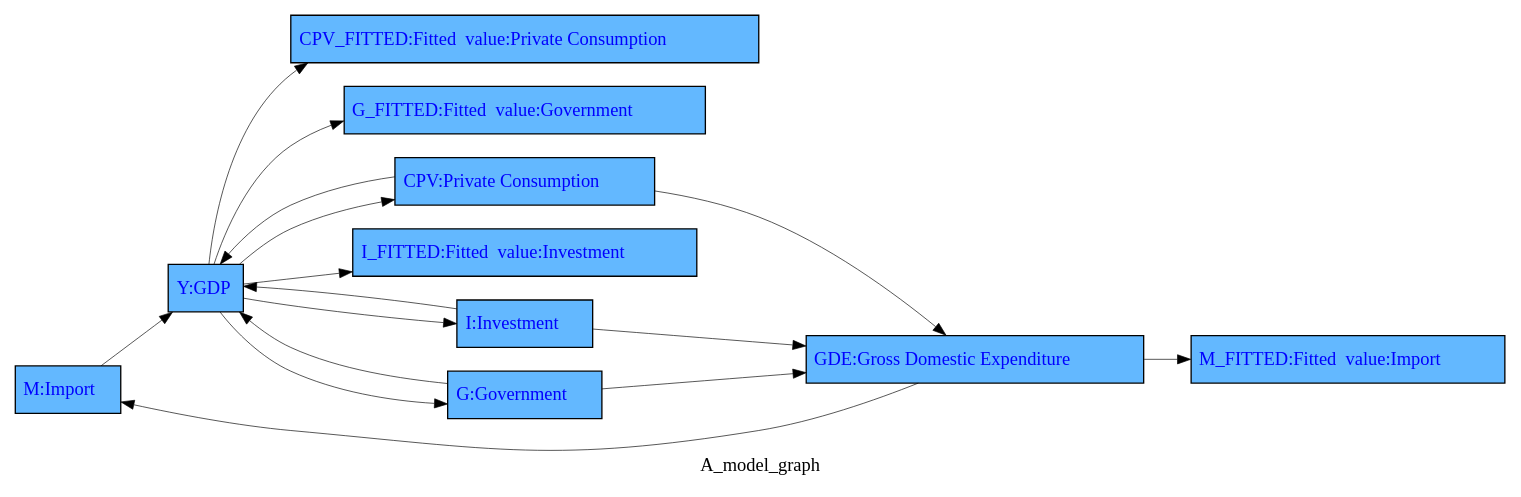
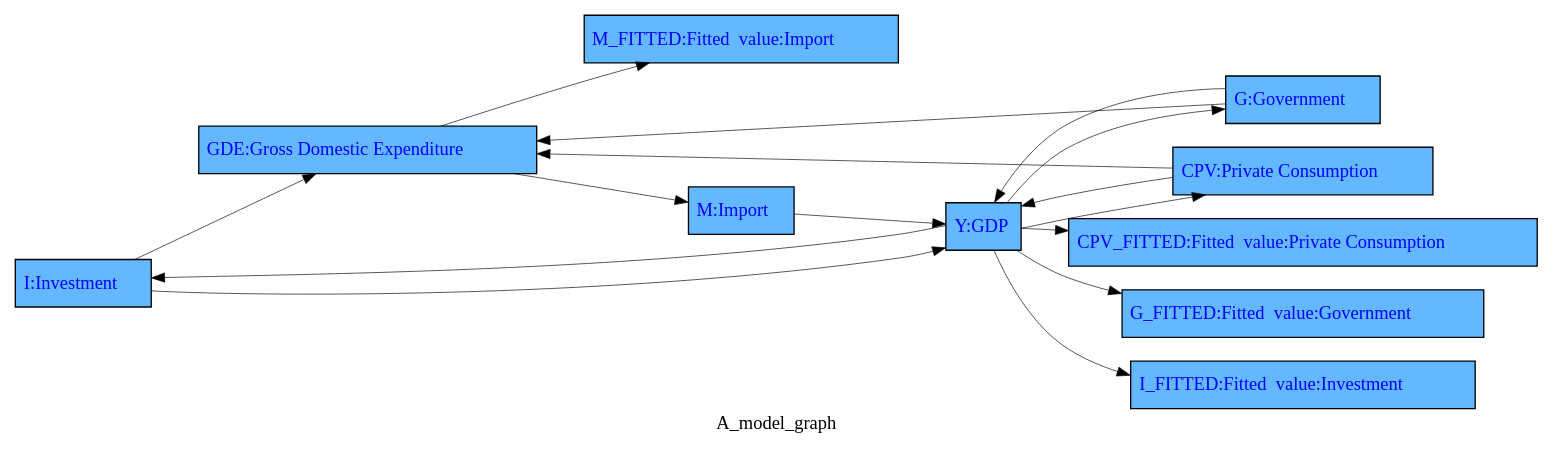
The diagram in working_paper/thebook/content/howto/smallmodel/graph/A_model_graph.gv (IbHansen/modelflow-manual), drawn with Graphviz before and after one commit. The commit also changed 659 other files, not shown here.

```diff
--- a/working_paper/thebook/content/howto/smallmodel/graph/A_model_graph.gv
+++ b/working_paper/thebook/content/howto/smallmodel/graph/A_model_graph.gv
@@ -1,30 +1,30 @@
 digraph TD { rankdir ="LR" 
 {node  [margin=0.025 fontcolor=blue style=filled ] 
- "M" [ shape=box fillcolor= steelblue1 tooltip="Import&#10;FRML &lt;FIXABLE, DAMP&gt; M = (M(-1)*EXP(M_A+ (-C2_M*(LOG(M(-1))-LOG(GDE(-1))-C1_M)+C3_M*((LOG(GDE))-(LOG(GDE(-1))))) )) * (1-M_D)+ M_X*M_D &#36;"  margin=0.025 fontcolor=blue style = filled  label=<<TABLE BORDER='0' CELLBORDER = '0' style = "filled"  > <TR><TD tooltip="Import&#10;FRML &lt;FIXABLE, DAMP&gt; M = (M(-1)*EXP(M_A+ (-C2_M*(LOG(M(-1))-LOG(GDE(-1))-C1_M)+C3_M*((LOG(GDE))-(LOG(GDE(-1))))) )) * (1-M_D)+ M_X*M_D &#36;">M:Import</TD></TR> </TABLE>> ]
+ "I" [ shape=box fillcolor= steelblue1 tooltip="Investment&#10;FRML &lt;FIXABLE, DAMP&gt; I = (I(-1)*EXP(I_A+ (-C2_I*(LOG(I(-1))-LOG(Y(-1)-G(-1))-C1_I)+C3_I*((LOG(Y))-(LOG(Y(-1))))) )) * (1-I_D)+ I_X*I_D &#36;"  margin=0.025 fontcolor=blue style = filled  label=<<TABLE BORDER='0' CELLBORDER = '0' style = "filled"  > <TR><TD tooltip="Investment&#10;FRML &lt;FIXABLE, DAMP&gt; I = (I(-1)*EXP(I_A+ (-C2_I*(LOG(I(-1))-LOG(Y(-1)-G(-1))-C1_I)+C3_I*((LOG(Y))-(LOG(Y(-1))))) )) * (1-I_D)+ I_X*I_D &#36;">I:Investment</TD></TR> </TABLE>> ]
+"GDE" [ shape=box fillcolor= steelblue1 tooltip="Gross Domestic Expenditure&#10;FRML &lt;IDENT&gt; GDE = CPV+I+G&#36;"  margin=0.025 fontcolor=blue style = filled  label=<<TABLE BORDER='0' CELLBORDER = '0' style = "filled"  > <TR><TD tooltip="Gross Domestic Expenditure&#10;FRML &lt;IDENT&gt; GDE = CPV+I+G&#36;">GDE:Gross Domestic Expenditure</TD></TR> </TABLE>> ]
+"I_FITTED" [ shape=box fillcolor= steelblue1 tooltip="Fitted  value:Investment&#10;FRML &lt;FIT&gt; I_FITTED = I(-1)*EXP( (-C2_I*(LOG(I(-1))-LOG(Y(-1)-G(-1))-C1_I)+C3_I*((LOG(Y))-(LOG(Y(-1))))) )&#36;"  margin=0.025 fontcolor=blue style = filled  label=<<TABLE BORDER='0' CELLBORDER = '0' style = "filled"  > <TR><TD tooltip="Fitted  value:Investment&#10;FRML &lt;FIT&gt; I_FITTED = I(-1)*EXP( (-C2_I*(LOG(I(-1))-LOG(Y(-1)-G(-1))-C1_I)+C3_I*((LOG(Y))-(LOG(Y(-1))))) )&#36;">I_FITTED:Fitted  value:Investment</TD></TR> </TABLE>> ]
+"CPV" [ shape=box fillcolor= steelblue1 tooltip="Private Consumption&#10;FRML &lt;FIXABLE, DAMP&gt; CPV = (CPV(-1)*EXP(CPV_A+ (-C2_CPV*(LOG(CPV(-1))-LOG(Y(-1))-C1_CPV)+C3_CPV*((LOG(Y))-(LOG(Y(-1))))) )) * (1-CPV_D)+ CPV_X*CPV_D &#36;"  margin=0.025 fontcolor=blue style = filled  label=<<TABLE BORDER='0' CELLBORDER = '0' style = "filled"  > <TR><TD tooltip="Private Consumption&#10;FRML &lt;FIXABLE, DAMP&gt; CPV = (CPV(-1)*EXP(CPV_A+ (-C2_CPV*(LOG(CPV(-1))-LOG(Y(-1))-C1_CPV)+C3_CPV*((LOG(Y))-(LOG(Y(-1))))) )) * (1-CPV_D)+ CPV_X*CPV_D &#36;">CPV:Private Consumption</TD></TR> </TABLE>> ]
+"M" [ shape=box fillcolor= steelblue1 tooltip="Import&#10;FRML &lt;FIXABLE, DAMP&gt; M = (M(-1)*EXP(M_A+ (-C2_M*(LOG(M(-1))-LOG(GDE(-1))-C1_M)+C3_M*((LOG(GDE))-(LOG(GDE(-1))))) )) * (1-M_D)+ M_X*M_D &#36;"  margin=0.025 fontcolor=blue style = filled  label=<<TABLE BORDER='0' CELLBORDER = '0' style = "filled"  > <TR><TD tooltip="Import&#10;FRML &lt;FIXABLE, DAMP&gt; M = (M(-1)*EXP(M_A+ (-C2_M*(LOG(M(-1))-LOG(GDE(-1))-C1_M)+C3_M*((LOG(GDE))-(LOG(GDE(-1))))) )) * (1-M_D)+ M_X*M_D &#36;">M:Import</TD></TR> </TABLE>> ]
+"CPV_FITTED" [ shape=box fillcolor= steelblue1 tooltip="Fitted  value:Private Consumption&#10;FRML &lt;FIT&gt; CPV_FITTED = CPV(-1)*EXP( (-C2_CPV*(LOG(CPV(-1))-LOG(Y(-1))-C1_CPV)+C3_CPV*((LOG(Y))-(LOG(Y(-1))))) )&#36;"  margin=0.025 fontcolor=blue style = filled  label=<<TABLE BORDER='0' CELLBORDER = '0' style = "filled"  > <TR><TD tooltip="Fitted  value:Private Consumption&#10;FRML &lt;FIT&gt; CPV_FITTED = CPV(-1)*EXP( (-C2_CPV*(LOG(CPV(-1))-LOG(Y(-1))-C1_CPV)+C3_CPV*((LOG(Y))-(LOG(Y(-1))))) )&#36;">CPV_FITTED:Fitted  value:Private Consumption</TD></TR> </TABLE>> ]
+"G" [ shape=box fillcolor= steelblue1 tooltip="Government&#10;FRML &lt;FIXABLE, DAMP&gt; G = (G(-1)*EXP(G_A+ (-C2_G*(LOG(G(-1))-LOG(Y(-1))-C1_G)+C3_G*((LOG(Y))-(LOG(Y(-1))))) )) * (1-G_D)+ G_X*G_D &#36;"  margin=0.025 fontcolor=blue style = filled  label=<<TABLE BORDER='0' CELLBORDER = '0' style = "filled"  > <TR><TD tooltip="Government&#10;FRML &lt;FIXABLE, DAMP&gt; G = (G(-1)*EXP(G_A+ (-C2_G*(LOG(G(-1))-LOG(Y(-1))-C1_G)+C3_G*((LOG(Y))-(LOG(Y(-1))))) )) * (1-G_D)+ G_X*G_D &#36;">G:Government</TD></TR> </TABLE>> ]
 "Y" [ shape=box fillcolor= steelblue1 tooltip="GDP&#10;FRML &lt;IDENT&gt; Y = CPV+I+G+X-M+YDISC&#36;"  margin=0.025 fontcolor=blue style = filled  label=<<TABLE BORDER='0' CELLBORDER = '0' style = "filled"  > <TR><TD tooltip="GDP&#10;FRML &lt;IDENT&gt; Y = CPV+I+G+X-M+YDISC&#36;">Y:GDP</TD></TR> </TABLE>> ]
-"GDE" [ shape=box fillcolor= steelblue1 tooltip="Gross Domestic Expenditure&#10;FRML &lt;IDENT&gt; GDE = CPV+I+G&#36;"  margin=0.025 fontcolor=blue style = filled  label=<<TABLE BORDER='0' CELLBORDER = '0' style = "filled"  > <TR><TD tooltip="Gross Domestic Expenditure&#10;FRML &lt;IDENT&gt; GDE = CPV+I+G&#36;">GDE:Gross Domestic Expenditure</TD></TR> </TABLE>> ]
-"CPV_FITTED" [ shape=box fillcolor= steelblue1 tooltip="Fitted  value:Private Consumption&#10;FRML &lt;FIT&gt; CPV_FITTED = CPV(-1)*EXP( (-C2_CPV*(LOG(CPV(-1))-LOG(Y(-1))-C1_CPV)+C3_CPV*((LOG(Y))-(LOG(Y(-1))))) )&#36;"  margin=0.025 fontcolor=blue style = filled  label=<<TABLE BORDER='0' CELLBORDER = '0' style = "filled"  > <TR><TD tooltip="Fitted  value:Private Consumption&#10;FRML &lt;FIT&gt; CPV_FITTED = CPV(-1)*EXP( (-C2_CPV*(LOG(CPV(-1))-LOG(Y(-1))-C1_CPV)+C3_CPV*((LOG(Y))-(LOG(Y(-1))))) )&#36;">CPV_FITTED:Fitted  value:Private Consumption</TD></TR> </TABLE>> ]
-"G_FITTED" [ shape=box fillcolor= steelblue1 tooltip="Fitted  value:Government&#10;FRML &lt;FIT&gt; G_FITTED = G(-1)*EXP( (-C2_G*(LOG(G(-1))-LOG(Y(-1))-C1_G)+C3_G*((LOG(Y))-(LOG(Y(-1))))) )&#36;"  margin=0.025 fontcolor=blue style = filled  label=<<TABLE BORDER='0' CELLBORDER = '0' style = "filled"  > <TR><TD tooltip="Fitted  value:Government&#10;FRML &lt;FIT&gt; G_FITTED = G(-1)*EXP( (-C2_G*(LOG(G(-1))-LOG(Y(-1))-C1_G)+C3_G*((LOG(Y))-(LOG(Y(-1))))) )&#36;">G_FITTED:Fitted  value:Government</TD></TR> </TABLE>> ]
-"CPV" [ shape=box fillcolor= steelblue1 tooltip="Private Consumption&#10;FRML &lt;FIXABLE, DAMP&gt; CPV = (CPV(-1)*EXP(CPV_A+ (-C2_CPV*(LOG(CPV(-1))-LOG(Y(-1))-C1_CPV)+C3_CPV*((LOG(Y))-(LOG(Y(-1))))) )) * (1-CPV_D)+ CPV_X*CPV_D &#36;"  margin=0.025 fontcolor=blue style = filled  label=<<TABLE BORDER='0' CELLBORDER = '0' style = "filled"  > <TR><TD tooltip="Private Consumption&#10;FRML &lt;FIXABLE, DAMP&gt; CPV = (CPV(-1)*EXP(CPV_A+ (-C2_CPV*(LOG(CPV(-1))-LOG(Y(-1))-C1_CPV)+C3_CPV*((LOG(Y))-(LOG(Y(-1))))) )) * (1-CPV_D)+ CPV_X*CPV_D &#36;">CPV:Private Consumption</TD></TR> </TABLE>> ]
-"I_FITTED" [ shape=box fillcolor= steelblue1 tooltip="Fitted  value:Investment&#10;FRML &lt;FIT&gt; I_FITTED = I(-1)*EXP( (-C2_I*(LOG(I(-1))-LOG(Y(-1)-G(-1))-C1_I)+C3_I*((LOG(Y))-(LOG(Y(-1))))) )&#36;"  margin=0.025 fontcolor=blue style = filled  label=<<TABLE BORDER='0' CELLBORDER = '0' style = "filled"  > <TR><TD tooltip="Fitted  value:Investment&#10;FRML &lt;FIT&gt; I_FITTED = I(-1)*EXP( (-C2_I*(LOG(I(-1))-LOG(Y(-1)-G(-1))-C1_I)+C3_I*((LOG(Y))-(LOG(Y(-1))))) )&#36;">I_FITTED:Fitted  value:Investment</TD></TR> </TABLE>> ]
-"I" [ shape=box fillcolor= steelblue1 tooltip="Investment&#10;FRML &lt;FIXABLE, DAMP&gt; I = (I(-1)*EXP(I_A+ (-C2_I*(LOG(I(-1))-LOG(Y(-1)-G(-1))-C1_I)+C3_I*((LOG(Y))-(LOG(Y(-1))))) )) * (1-I_D)+ I_X*I_D &#36;"  margin=0.025 fontcolor=blue style = filled  label=<<TABLE BORDER='0' CELLBORDER = '0' style = "filled"  > <TR><TD tooltip="Investment&#10;FRML &lt;FIXABLE, DAMP&gt; I = (I(-1)*EXP(I_A+ (-C2_I*(LOG(I(-1))-LOG(Y(-1)-G(-1))-C1_I)+C3_I*((LOG(Y))-(LOG(Y(-1))))) )) * (1-I_D)+ I_X*I_D &#36;">I:Investment</TD></TR> </TABLE>> ]
-"G" [ shape=box fillcolor= steelblue1 tooltip="Government&#10;FRML &lt;FIXABLE, DAMP&gt; G = (G(-1)*EXP(G_A+ (-C2_G*(LOG(G(-1))-LOG(Y(-1))-C1_G)+C3_G*((LOG(Y))-(LOG(Y(-1))))) )) * (1-G_D)+ G_X*G_D &#36;"  margin=0.025 fontcolor=blue style = filled  label=<<TABLE BORDER='0' CELLBORDER = '0' style = "filled"  > <TR><TD tooltip="Government&#10;FRML &lt;FIXABLE, DAMP&gt; G = (G(-1)*EXP(G_A+ (-C2_G*(LOG(G(-1))-LOG(Y(-1))-C1_G)+C3_G*((LOG(Y))-(LOG(Y(-1))))) )) * (1-G_D)+ G_X*G_D &#36;">G:Government</TD></TR> </TABLE>> ]
-"M_FITTED" [ shape=box fillcolor= steelblue1 tooltip="Fitted  value:Import&#10;FRML &lt;FIT&gt; M_FITTED = M(-1)*EXP( (-C2_M*(LOG(M(-1))-LOG(GDE(-1))-C1_M)+C3_M*((LOG(GDE))-(LOG(GDE(-1))))) )&#36;"  margin=0.025 fontcolor=blue style = filled  label=<<TABLE BORDER='0' CELLBORDER = '0' style = "filled"  > <TR><TD tooltip="Fitted  value:Import&#10;FRML &lt;FIT&gt; M_FITTED = M(-1)*EXP( (-C2_M*(LOG(M(-1))-LOG(GDE(-1))-C1_M)+C3_M*((LOG(GDE))-(LOG(GDE(-1))))) )&#36;">M_FITTED:Fitted  value:Import</TD></TR> </TABLE>> ] 
+"M_FITTED" [ shape=box fillcolor= steelblue1 tooltip="Fitted  value:Import&#10;FRML &lt;FIT&gt; M_FITTED = M(-1)*EXP( (-C2_M*(LOG(M(-1))-LOG(GDE(-1))-C1_M)+C3_M*((LOG(GDE))-(LOG(GDE(-1))))) )&#36;"  margin=0.025 fontcolor=blue style = filled  label=<<TABLE BORDER='0' CELLBORDER = '0' style = "filled"  > <TR><TD tooltip="Fitted  value:Import&#10;FRML &lt;FIT&gt; M_FITTED = M(-1)*EXP( (-C2_M*(LOG(M(-1))-LOG(GDE(-1))-C1_M)+C3_M*((LOG(GDE))-(LOG(GDE(-1))))) )&#36;">M_FITTED:Fitted  value:Import</TD></TR> </TABLE>> ]
+"G_FITTED" [ shape=box fillcolor= steelblue1 tooltip="Fitted  value:Government&#10;FRML &lt;FIT&gt; G_FITTED = G(-1)*EXP( (-C2_G*(LOG(G(-1))-LOG(Y(-1))-C1_G)+C3_G*((LOG(Y))-(LOG(Y(-1))))) )&#36;"  margin=0.025 fontcolor=blue style = filled  label=<<TABLE BORDER='0' CELLBORDER = '0' style = "filled"  > <TR><TD tooltip="Fitted  value:Government&#10;FRML &lt;FIT&gt; G_FITTED = G(-1)*EXP( (-C2_G*(LOG(G(-1))-LOG(Y(-1))-C1_G)+C3_G*((LOG(Y))-(LOG(Y(-1))))) )&#36;">G_FITTED:Fitted  value:Government</TD></TR> </TABLE>> ] 
 } 
+"Y" -> "G" [ style = filled tooltip=NA href="bogus" penwidth = 0.5 ]
+"Y" -> "I_FITTED" [ style = filled tooltip=NA href="bogus" penwidth = 0.5 ]
+"GDE" -> "M_FITTED" [ style = filled tooltip=NA href="bogus" penwidth = 0.5 ]
+"GDE" -> "M" [ style = filled tooltip=NA href="bogus" penwidth = 0.5 ]
+"CPV" -> "Y" [ style = filled tooltip=NA href="bogus" penwidth = 0.5 ]
 "Y" -> "CPV" [ style = filled tooltip=NA href="bogus" penwidth = 0.5 ]
-"Y" -> "I_FITTED" [ style = filled tooltip=NA href="bogus" penwidth = 0.5 ]
-"CPV" -> "Y" [ style = filled tooltip=NA href="bogus" penwidth = 0.5 ]
-"Y" -> "I" [ style = filled tooltip=NA href="bogus" penwidth = 0.5 ]
 "CPV" -> "GDE" [ style = filled tooltip=NA href="bogus" penwidth = 0.5 ]
-"GDE" -> "M_FITTED" [ style = filled tooltip=NA href="bogus" penwidth = 0.5 ]
-"Y" -> "G" [ style = filled tooltip=NA href="bogus" penwidth = 0.5 ]
-"GDE" -> "M" [ style = filled tooltip=NA href="bogus" penwidth = 0.5 ]
-"M" -> "Y" [ style = filled tooltip=NA href="bogus" penwidth = 0.5 ]
 "G" -> "GDE" [ style = filled tooltip=NA href="bogus" penwidth = 0.5 ]
-"I" -> "Y" [ style = filled tooltip=NA href="bogus" penwidth = 0.5 ]
+"G" -> "Y" [ style = filled tooltip=NA href="bogus" penwidth = 0.5 ]
 "I" -> "GDE" [ style = filled tooltip=NA href="bogus" penwidth = 0.5 ]
-"G" -> "Y" [ style = filled tooltip=NA href="bogus" penwidth = 0.5 ]
 "Y" -> "CPV_FITTED" [ style = filled tooltip=NA href="bogus" penwidth = 0.5 ]
 "Y" -> "G_FITTED" [ style = filled tooltip=NA href="bogus" penwidth = 0.5 ]
+"I" -> "Y" [ style = filled tooltip=NA href="bogus" penwidth = 0.5 ]
+"M" -> "Y" [ style = filled tooltip=NA href="bogus" penwidth = 0.5 ]
+"Y" -> "I" [ style = filled tooltip=NA href="bogus" penwidth = 0.5 ]
  label = "A_model_graph";
 }
```
